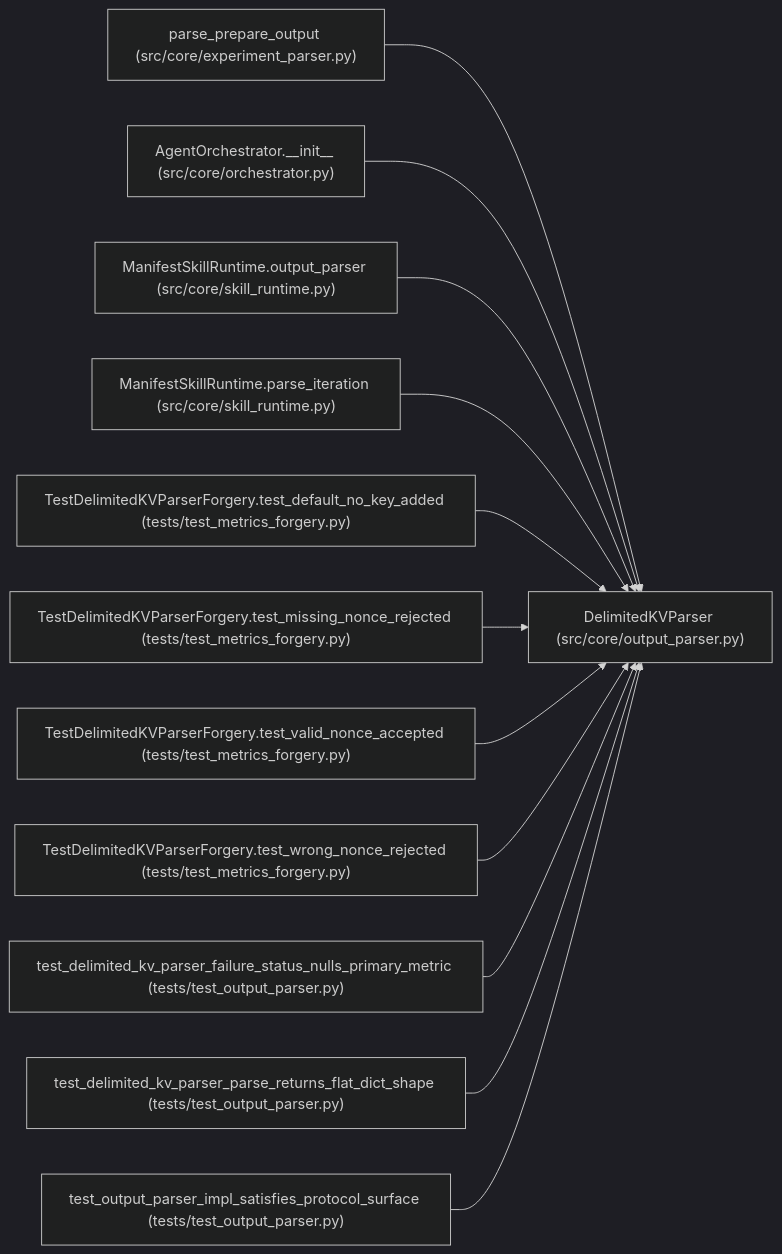
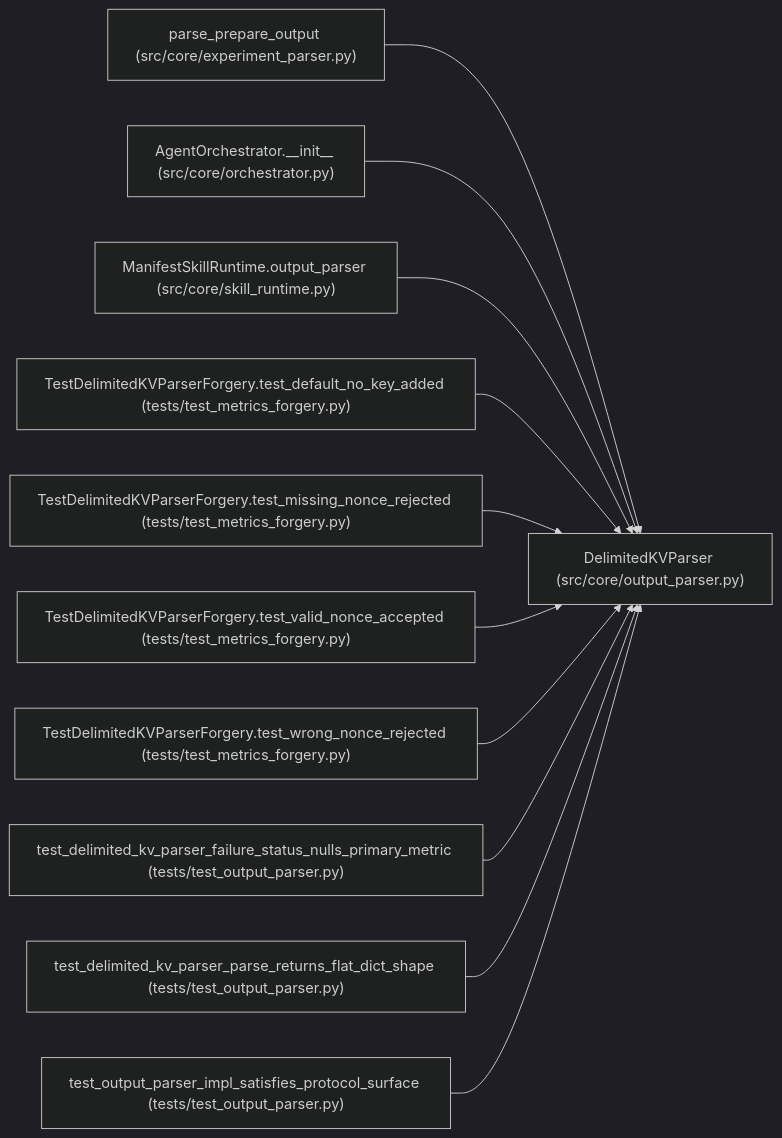
The diagram in docs/llm_wiki/entities/DelimitedKVParser.md (Denissvgn/autoresearch-agent), drawn with Mermaid (dark theme) before and after one commit. The commit also changed other lines of this file and 1033 other files, not shown here.

````diff
--- a/docs/llm_wiki/entities/DelimitedKVParser.md
+++ b/docs/llm_wiki/entities/DelimitedKVParser.md
@@ -40,38 +40,35 @@
 ```mermaid
 flowchart LR
     n0["DelimitedKVParser (src/core/output_parser.py)"]
     n1["parse_prepare_output (src/core/experiment_parser.py)"]
     n2["AgentOrchestrator.__init__ (src/core/orchestrator.py)"]
     n3["ManifestSkillRuntime.output_parser (src/core/skill_runtime.py)"]
-    n4["ManifestSkillRuntime.parse_iteration (src/core/skill_runtime.py)"]
-    n5["TestDelimitedKVParserForgery.test_default_no_key_added (tests/test_metrics_forgery.py)"]
-    n6["TestDelimitedKVParserForgery.test_missing_nonce_rejected (tests/test_metrics_forgery.py)"]
-    n7["TestDelimitedKVParserForgery.test_valid_nonce_accepted (tests/test_metrics_forgery.py)"]
-    n8["TestDelimitedKVParserForgery.test_wrong_nonce_rejected (tests/test_metrics_forgery.py)"]
-    n9["test_delimited_kv_parser_failure_status_nulls_primary_metric (tests/test_output_parser.py)"]
-    n10["test_delimited_kv_parser_parse_returns_flat_dict_shape (tests/test_output_parser.py)"]
-    n11["test_output_parser_impl_satisfies_protocol_surface (tests/test_output_parser.py)"]
+    n4["TestDelimitedKVParserForgery.test_default_no_key_added (tests/test_metrics_forgery.py)"]
+    n5["TestDelimitedKVParserForgery.test_missing_nonce_rejected (tests/test_metrics_forgery.py)"]
+    n6["TestDelimitedKVParserForgery.test_valid_nonce_accepted (tests/test_metrics_forgery.py)"]
+    n7["TestDelimitedKVParserForgery.test_wrong_nonce_rejected (tests/test_metrics_forgery.py)"]
+    n8["test_delimited_kv_parser_failure_status_nulls_primary_metric (tests/test_output_parser.py)"]
+    n9["test_delimited_kv_parser_parse_returns_flat_dict_shape (tests/test_output_parser.py)"]
+    n10["test_output_parser_impl_satisfies_protocol_surface (tests/test_output_parser.py)"]
     n1 --> n0
     n2 --> n0
     n3 --> n0
     n4 --> n0
     n5 --> n0
     n6 --> n0
     n7 --> n0
     n8 --> n0
     n9 --> n0
     n10 --> n0
-    n11 --> n0
     click n0 "../modules/output_parser.md"
     click n1 "../modules/experiment_parser.md"
     click n2 "../modules/orchestrator.md"
     click n3 "../modules/skill_runtime.md"
-    click n4 "../modules/skill_runtime.md"
+    click n4 "../modules/test_metrics_forgery.md"
     click n5 "../modules/test_metrics_forgery.md"
     click n6 "../modules/test_metrics_forgery.md"
     click n7 "../modules/test_metrics_forgery.md"
-    click n8 "../modules/test_metrics_forgery.md"
+    click n8 "../modules/test_output_parser.md"
     click n9 "../modules/test_output_parser.md"
     click n10 "../modules/test_output_parser.md"
-    click n11 "../modules/test_output_parser.md"
 ```
````
